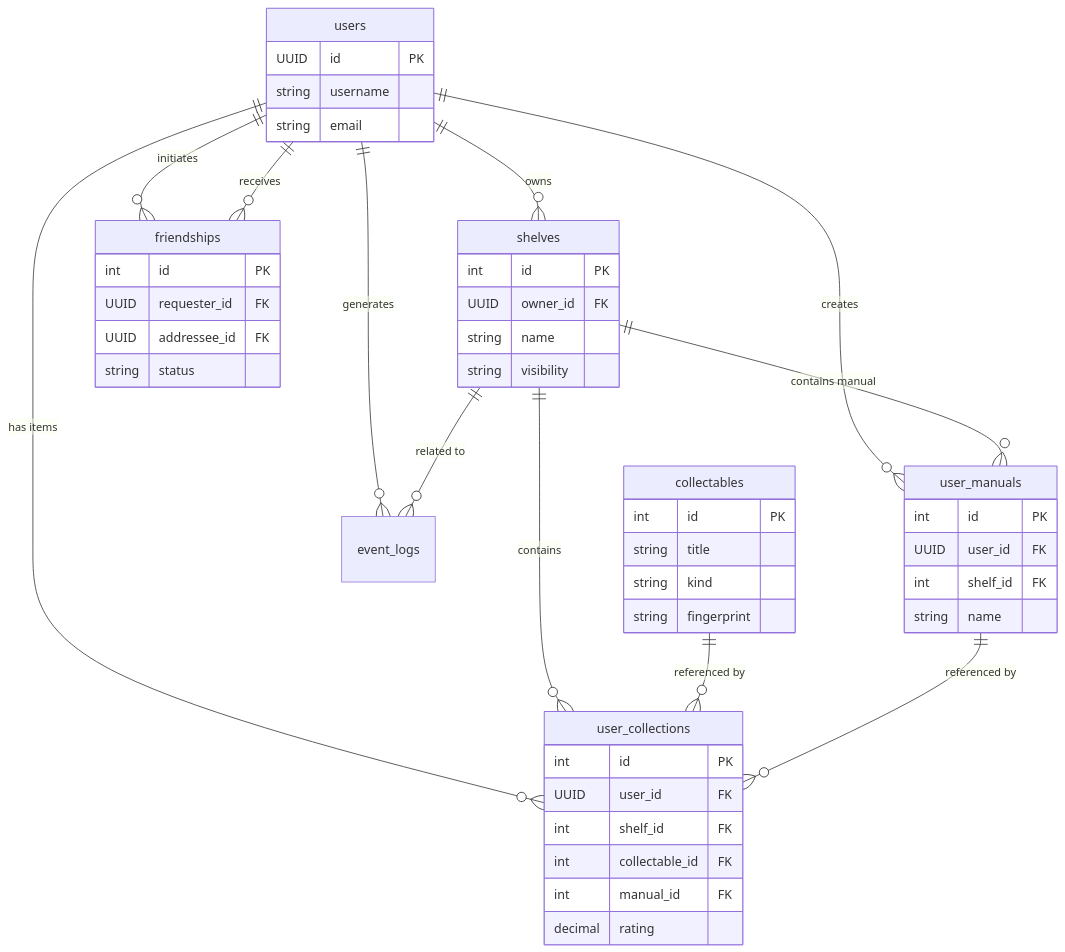
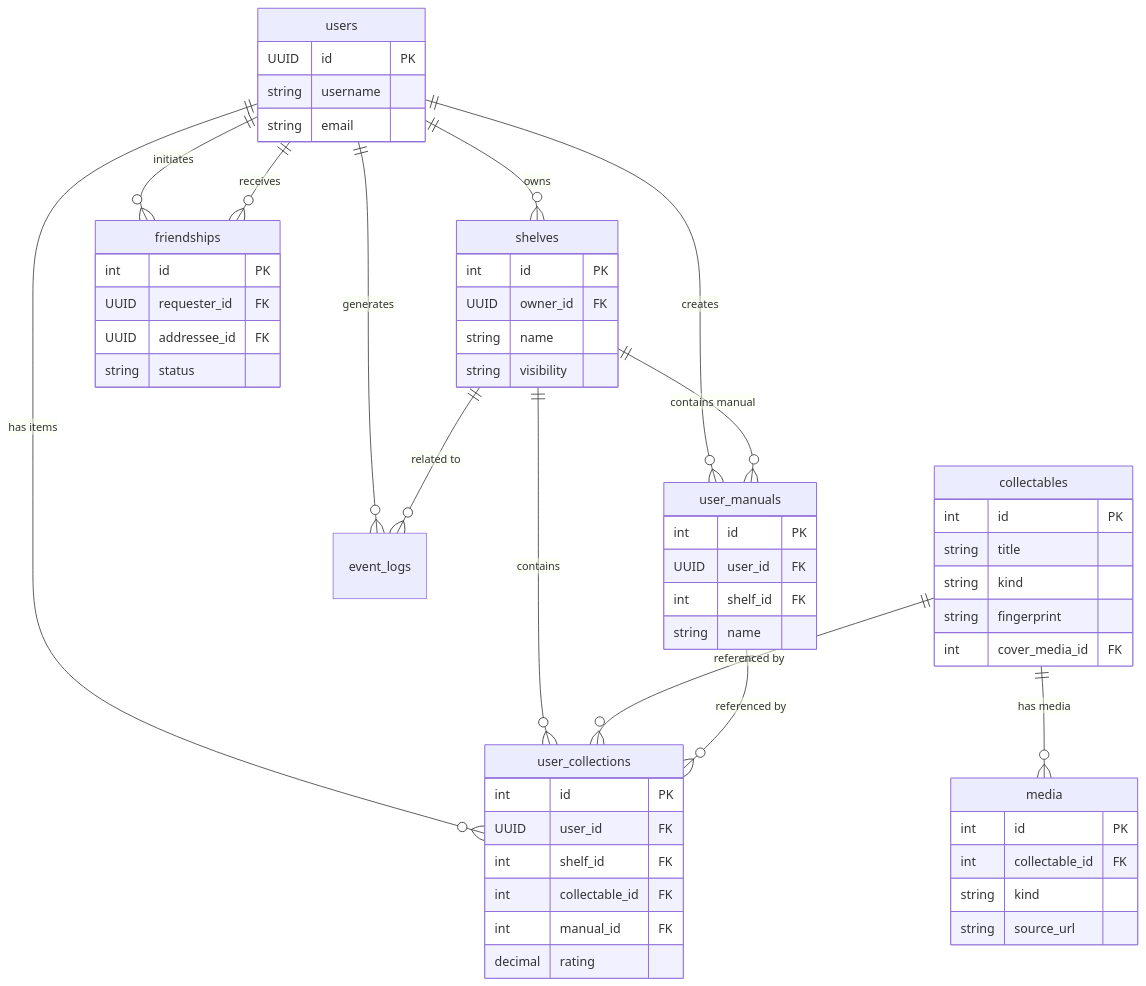
One commit to fTr0ut/ShelvesAI changed the diagram in AGENT MDs/backend-database-structure.md. Above: the diagram before and after it, drawn with Mermaid. The commit also changed other lines of this file and 25 other files, not shown here.

````diff
--- a/AGENT MDs/backend-database-structure.md
+++ b/AGENT MDs/backend-database-structure.md
@@ -170,60 +193,69 @@
 ```mermaid
 erDiagram
     users ||--o{ shelves : owns
     users ||--o{ user_collections : "has items"
     users ||--o{ user_manuals : creates
     users ||--o{ friendships : initiates
     users ||--o{ friendships : receives
     users ||--o{ event_logs : generates
 
     shelves ||--o{ user_collections : contains
     shelves ||--o{ user_manuals : "contains manual"
     shelves ||--o{ event_logs : "related to"
 
     collectables ||--o{ user_collections : "referenced by"
+    collectables ||--o{ media : "has media"
 
     user_manuals ||--o{ user_collections : "referenced by"
 
     users {
         UUID id PK
         string username
         string email
     }
 
     shelves {
         int id PK
         UUID owner_id FK
         string name
         string visibility
     }
 
     collectables {
         int id PK
         string title
         string kind
         string fingerprint
+        int cover_media_id FK
+    }
+
+    media {
+        int id PK
+        int collectable_id FK
+        string kind
+        string source_url
     }
 
     user_collections {
         int id PK
         UUID user_id FK
         int shelf_id FK
         int collectable_id FK
         int manual_id FK
         decimal rating
     }
 
     user_manuals {
         int id PK
         UUID user_id FK
         int shelf_id FK
         string name
     }
 
     friendships {
         int id PK
         UUID requester_id FK
         UUID addressee_id FK
         string status
     }
 ```
````
